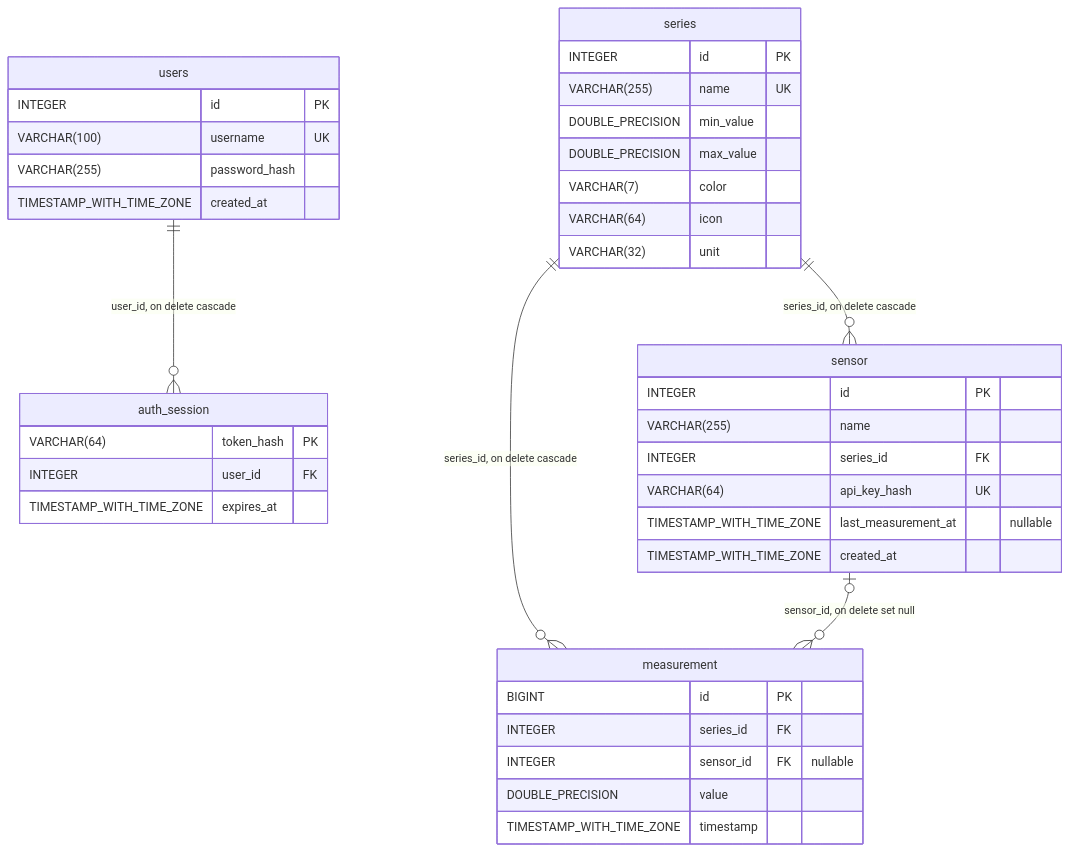
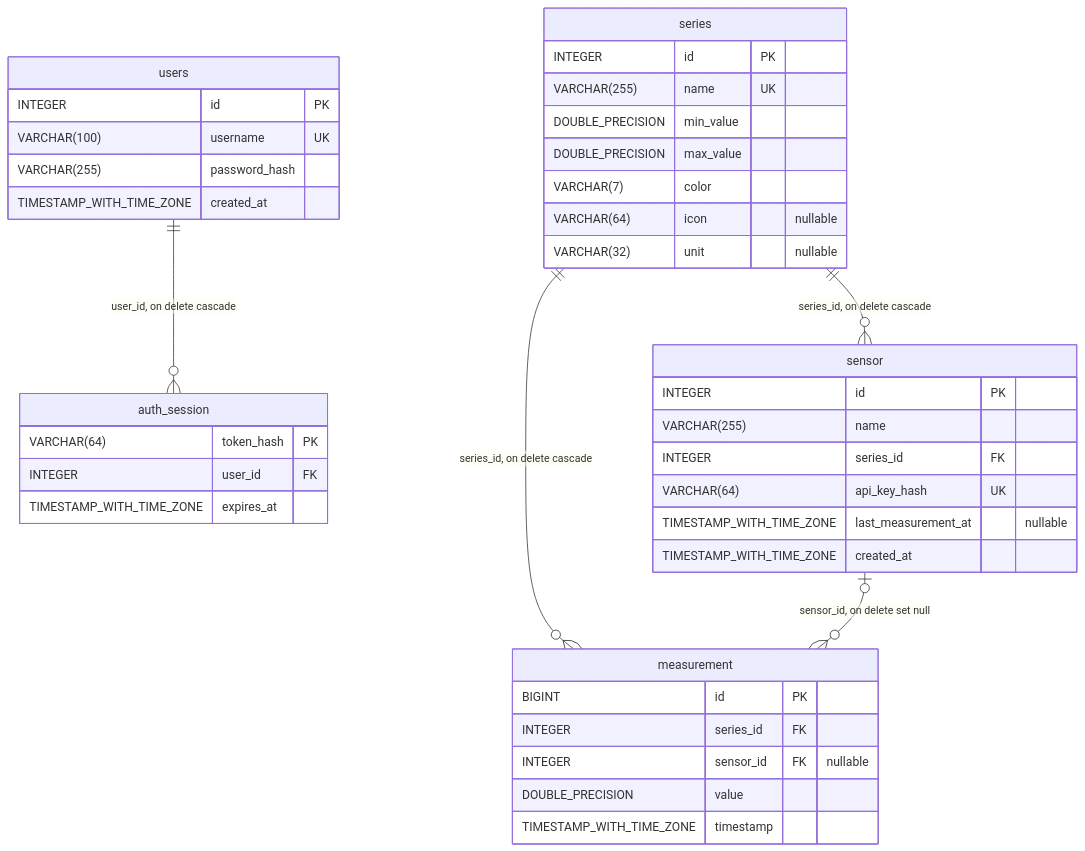
One commit to BartoszSambor/solar-sensors changed the diagram in docs/database.mmd. Above: the diagram before and after it, drawn with Mermaid. The commit also changed 27 other files, not shown here.

```diff
--- a/docs/database.mmd
+++ b/docs/database.mmd
@@ -1,41 +1,41 @@
 erDiagram
     %% Generated by backend/scripts/er_diagram.py - do not edit by hand.
     users ||--o{ auth_session : "user_id, on delete cascade"
     series ||--o{ measurement : "series_id, on delete cascade"
     sensor |o--o{ measurement : "sensor_id, on delete set null"
     series ||--o{ sensor : "series_id, on delete cascade"
     auth_session {
         VARCHAR(64) token_hash PK
         INTEGER user_id FK
         TIMESTAMP_WITH_TIME_ZONE expires_at
     }
     measurement {
         BIGINT id PK
         INTEGER series_id FK
         INTEGER sensor_id FK "nullable"
         DOUBLE_PRECISION value
         TIMESTAMP_WITH_TIME_ZONE timestamp
     }
     sensor {
         INTEGER id PK
         VARCHAR(255) name
         INTEGER series_id FK
         VARCHAR(64) api_key_hash UK
         TIMESTAMP_WITH_TIME_ZONE last_measurement_at "nullable"
         TIMESTAMP_WITH_TIME_ZONE created_at
     }
     series {
         INTEGER id PK
         VARCHAR(255) name UK
         DOUBLE_PRECISION min_value
         DOUBLE_PRECISION max_value
         VARCHAR(7) color
-        VARCHAR(64) icon
-        VARCHAR(32) unit
+        VARCHAR(64) icon "nullable"
+        VARCHAR(32) unit "nullable"
     }
     users {
         INTEGER id PK
         VARCHAR(100) username UK
         VARCHAR(255) password_hash
         TIMESTAMP_WITH_TIME_ZONE created_at
     }
```
